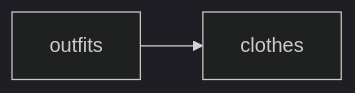
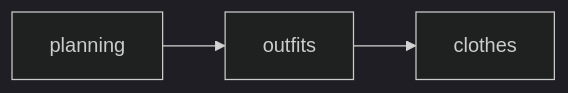
One commit to danielmao/ready changed the third of 3 diagrams in docs/02-ARCHITECTURE.md. Above: the diagram before and after it, drawn with Mermaid (dark theme). The commit also changed other lines of this file and 29 other files, not shown here.

````diff
--- a/docs/02-ARCHITECTURE.md
+++ b/docs/02-ARCHITECTURE.md
@@ -268,4 +291,5 @@
 ```mermaid
 graph LR
     outfits --> clothes
+    planning --> outfits
 ```
````
